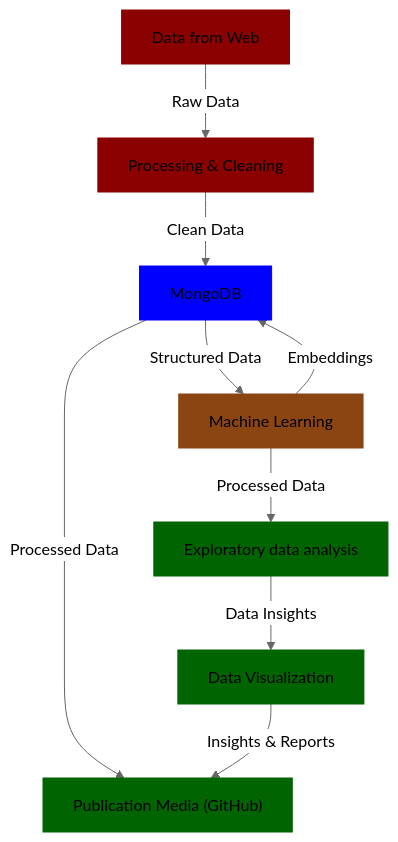
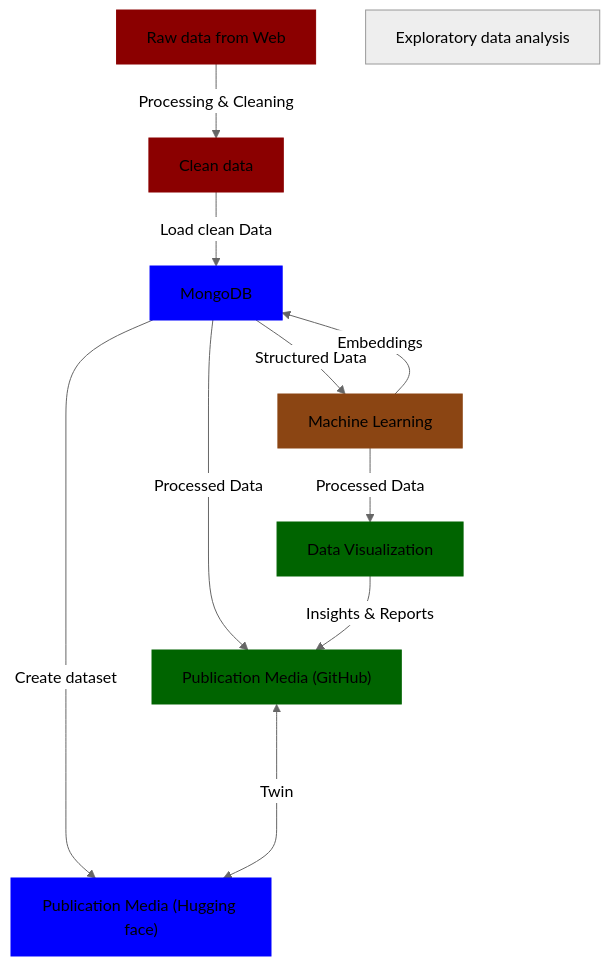
Before and after one commit to pakkinlau/prog-for-humanists: the first of 2 diagrams in $Final products/course structure.md, drawn with Mermaid (neutral theme). The commit also changed other lines of this file and 5 other files, not shown here.

````diff
--- a/$Final products/course structure.md
+++ b/$Final products/course structure.md
@@ -28,19 +27,24 @@
 ```mermaid
 graph TB;
-    A["Data from Web"] -->|Raw Data| B["Processing & Cleaning"]
+    A["Raw data from Web"] -->|Processing & Cleaning| B["Clean data"]
     style A fill:#8B0000,stroke:#8B0000;
     style B fill:#8B0000,stroke:#8B0000;
-    B -->|Clean Data| C["MongoDB"]
+    B -->|Load clean Data| C["MongoDB"]
     style C fill:#0000FF,stroke:#0000FF;
     C -->|Structured Data| D["Machine Learning"]
     style D fill:#8B4513,stroke:#8B4513;
-    D -->|Processed Data| E["Exploratory data analysis"]
-    style E fill:#006400,stroke:#006400;
+    D -->|Processed Data| F["Data Visualization"]
     D -->|Embeddings| C
     C -->|Processed Data| G["Publication Media (GitHub)"]
-    E -->|Data Insights| F["Data Visualization"]
     style F fill:#006400,stroke:#006400;
     style G fill:#006400,stroke:#006400;
     F -->|Insights & Reports| G["Publication Media (GitHub)"]
 
+	E["Exploratory data analysis"]
+
+	C["MongoDB"] -->|Create dataset| H["Publication Media (Hugging face)"]
+	style H fill:#0000FF,stroke:#0000FF;
+
+	G <---->|Twin| H
+
 ```
````
